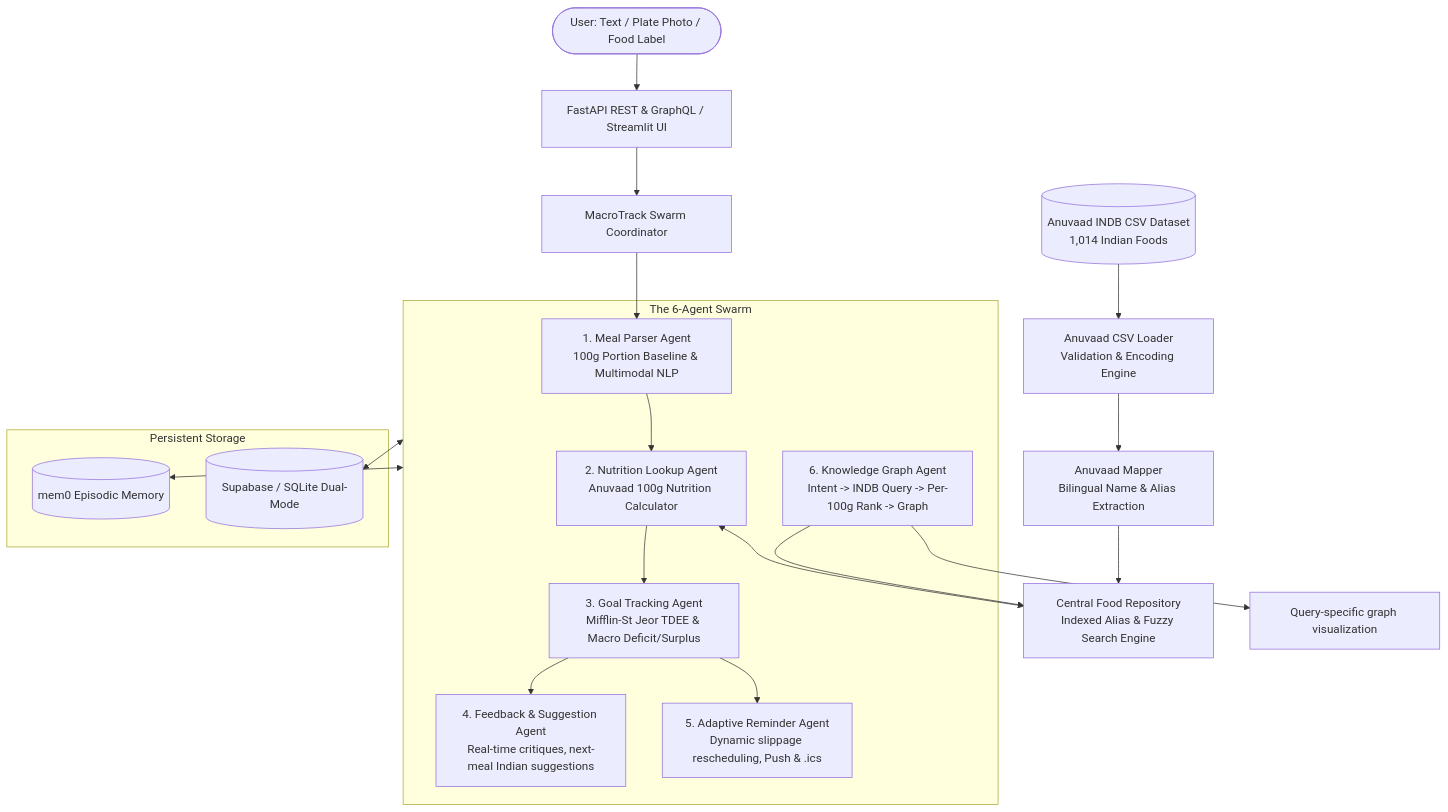
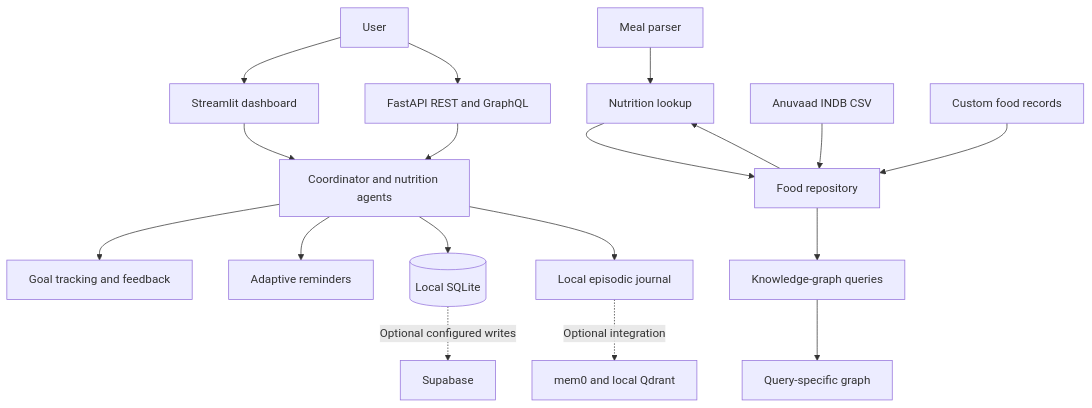
The diagram in README.md (CoderDart/MacroTrack), drawn with Mermaid before and after one commit. The commit also changed other lines of this file and 10 other files, not shown here.

Commit message:
Fix KG and also made some fixes in the way units worked for logging custom food

````diff
--- a/README.md
+++ b/README.md
@@ -9,35 +36,23 @@
 ```mermaid
 flowchart TD
-    CSV[(Anuvaad INDB CSV Dataset\n1,014 Indian Foods)] --> Loader[Anuvaad CSV Loader\nValidation & Encoding Engine]
-    Loader --> Mapper[Anuvaad Mapper\nBilingual Name & Alias Extraction]
-    Mapper --> Repo[Central Food Repository\nIndexed Alias & Fuzzy Search Engine]
-    
-    User([User: Text / Plate Photo / Food Label]) --> Gateway[FastAPI REST & GraphQL / Streamlit UI]
-    Gateway --> Orchestrator[MacroTrack Swarm Coordinator]
+        User[User] --> UI[Streamlit dashboard]
+        User --> API[FastAPI REST and GraphQL]
+        UI --> Agents[Coordinator and nutrition agents]
+        API --> Agents
 
-    subgraph Swarm [The 6-Agent Swarm]
-        MealParser[1. Meal Parser Agent\n100g Portion Baseline & Multimodal NLP]
-        NutriLookup[2. Nutrition Lookup Agent\nAnuvaad 100g Nutrition Calculator]
-        GoalTracker[3. Goal Tracking Agent\nMifflin-St Jeor TDEE & Macro Deficit/Surplus]
-        FeedbackAgent[4. Feedback & Suggestion Agent\nReal-time critiques, next-meal Indian suggestions]
-        ReminderAgent[5. Adaptive Reminder Agent\nDynamic slippage rescheduling, Push & .ics]
-        KGAgent[6. Knowledge Graph Agent\nIntent -> INDB Query -> Per-100g Rank -> Graph]
-    end
+        Parser[Meal parser] --> Lookup[Nutrition lookup]
+        Lookup --> Repository[Food repository]
+        CSV[Anuvaad INDB CSV] --> Repository
+        Custom[Custom food records] --> Repository
+        Repository --> Lookup
 
-    Orchestrator --> MealParser
-    MealParser --> NutriLookup
-    NutriLookup <--> Repo
-    NutriLookup --> GoalTracker
-    GoalTracker --> FeedbackAgent
-    GoalTracker --> ReminderAgent
-    KGAgent --> Repo
-    KGAgent --> QueryGraph[Query-specific graph visualization]
+        Agents --> Goals[Goal tracking and feedback]
+        Agents --> Reminders[Adaptive reminders]
+        Repository --> KG[Knowledge-graph queries]
+        KG --> Graph[Query-specific graph]
 
-    subgraph Data_Layer [Persistent Storage]
-        Mem0[(mem0 Episodic Memory)]
-        DB[(Supabase / SQLite Dual-Mode)]
-    end
-
-    Swarm <--> Mem0
-    Swarm <--> DB
+        Agents --> SQLite[(Local SQLite)]
+        Agents --> Memory[Local episodic journal]
+        Memory -. Optional integration .-> Mem0[mem0 and local Qdrant]
+        SQLite -. Optional configured writes .-> Supabase[Supabase]
 ```
````
